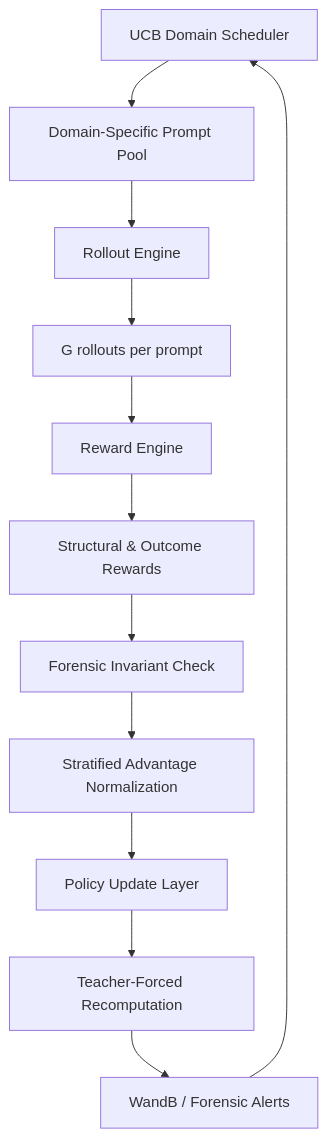
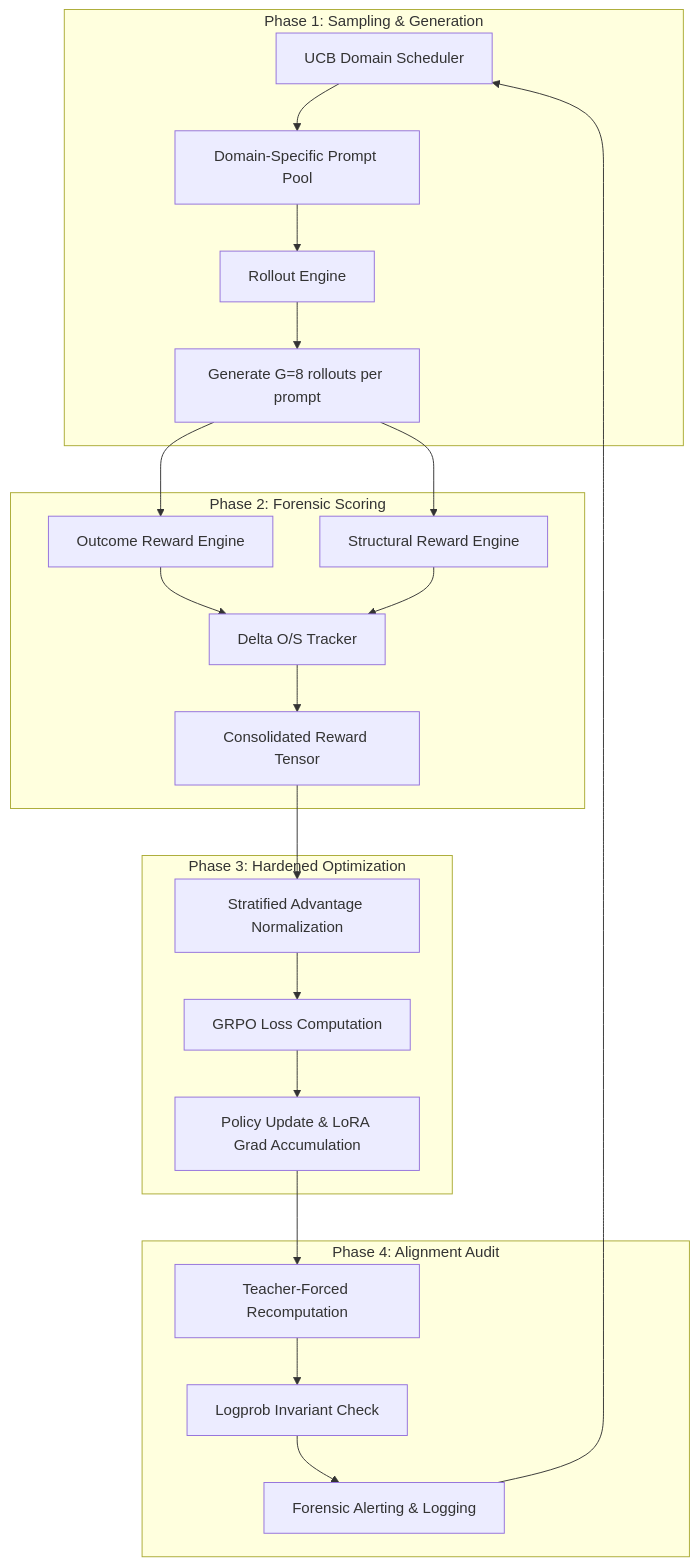
One commit to Atharva-Mendhulkar/StrataRL changed the second of 3 diagrams in README.md. Above: the diagram before and after it, drawn with Mermaid. The commit also changed other lines of this file, not shown here.

Commit message:
docs: update architecture diagrams and add deployment guide for Kaggle environments in README.md

````diff
--- a/README.md
+++ b/README.md
@@ -12,14 +62,28 @@
 ```mermaid
 graph TD
-    A[UCB Domain Scheduler] --> B[Domain-Specific Prompt Pool]
-    B --> C[Rollout Engine]
-    C --> D[G rollouts per prompt]
-    D --> E[Reward Engine]
-    E --> F[Structural & Outcome Rewards]
-    F --> G[Forensic Invariant Check]
-    G --> H[Stratified Advantage Normalization]
-    H --> I[Policy Update Layer]
-    I --> J[Teacher-Forced Recomputation]
-    J --> K[WandB / Forensic Alerts]
-    K --> A
+    subgraph "Phase 1: Sampling & Generation"
+        A[UCB Domain Scheduler] --> B[Domain-Specific Prompt Pool]
+        B --> C[Rollout Engine]
+        C --> D[Generate G=8 rollouts per prompt]
+    end
+
+    subgraph "Phase 2: Forensic Scoring"
+        D --> E[Outcome Reward Engine]
+        D --> F[Structural Reward Engine]
+        E & F --> G[Delta O/S Tracker]
+        G --> H[Consolidated Reward Tensor]
+    end
+
+    subgraph "Phase 3: Hardened Optimization"
+        H --> I[Stratified Advantage Normalization]
+        I --> J[GRPO Loss Computation]
+        J --> K[Policy Update & LoRA Grad Accumulation]
+    end
+
+    subgraph "Phase 4: Alignment Audit"
+        K --> L[Teacher-Forced Recomputation]
+        L --> M[Logprob Invariant Check]
+        M --> N[Forensic Alerting & Logging]
+        N --> A
+    end
 ```
````
